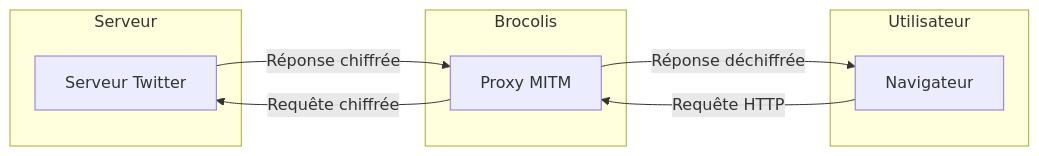
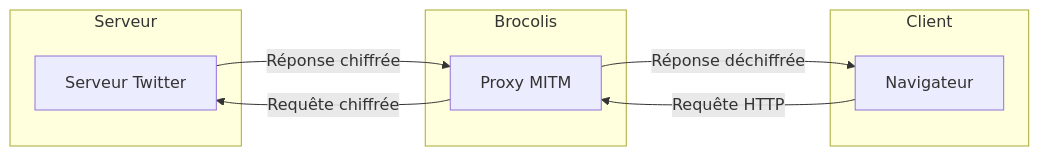
Before and after one commit to maxlestage/brocolis: the second of 4 diagrams in Readme.md, drawn with Mermaid. The commit also changed other lines of this file and 1 other file, not shown here.

````diff
--- a/Readme.md
+++ b/Readme.md
@@ -72,22 +72,22 @@
 ```mermaid
 graph LR
 
 subgraph Serveur 
     Twitter[Serveur Twitter]
 end
 
 
 subgraph Brocolis
     Proxy[Proxy MITM]
 end
 
-subgraph Utilisateur
+subgraph Client
     User[Navigateur]
 end   
 
 
 User -->|Requête HTTP| Proxy
 Proxy -->|Requête chiffrée| Twitter  
 Twitter -->|Réponse chiffrée| Proxy
 Proxy -->|Réponse déchiffrée| User
 ```
````
